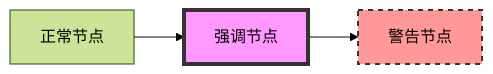
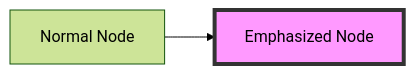
One commit to zhuangbiaowei/vitepress-ospo-writing-project changed the eighth of 8 diagrams in docs/articles/mermaid-diagram-guide.md. Above: the diagram before and after it, drawn with Mermaid (forest theme). The commit also changed other lines of this file and 182 other files, not shown here.

````diff
--- a/docs/articles/mermaid-diagram-guide.md
+++ b/docs/articles/mermaid-diagram-guide.md
@@ -200,15 +127,10 @@
 ```mermaid
 flowchart LR
-    id1["正常节点"]
-    id2["强调节点"]
-    id3["警告节点"]
+    id1["Normal Node"]
+    id2["Emphasized Node"]
     
     id1 --> id2
-    id2 --> id3
     
     classDef emphasized fill:#f9f,stroke:#333,stroke-width:4px
-    classDef warning fill:#ff9999,stroke:#333,stroke-width:2px,stroke-dasharray: 5 5
-    
     class id2 emphasized
-    class id3 warning
 ```
````
